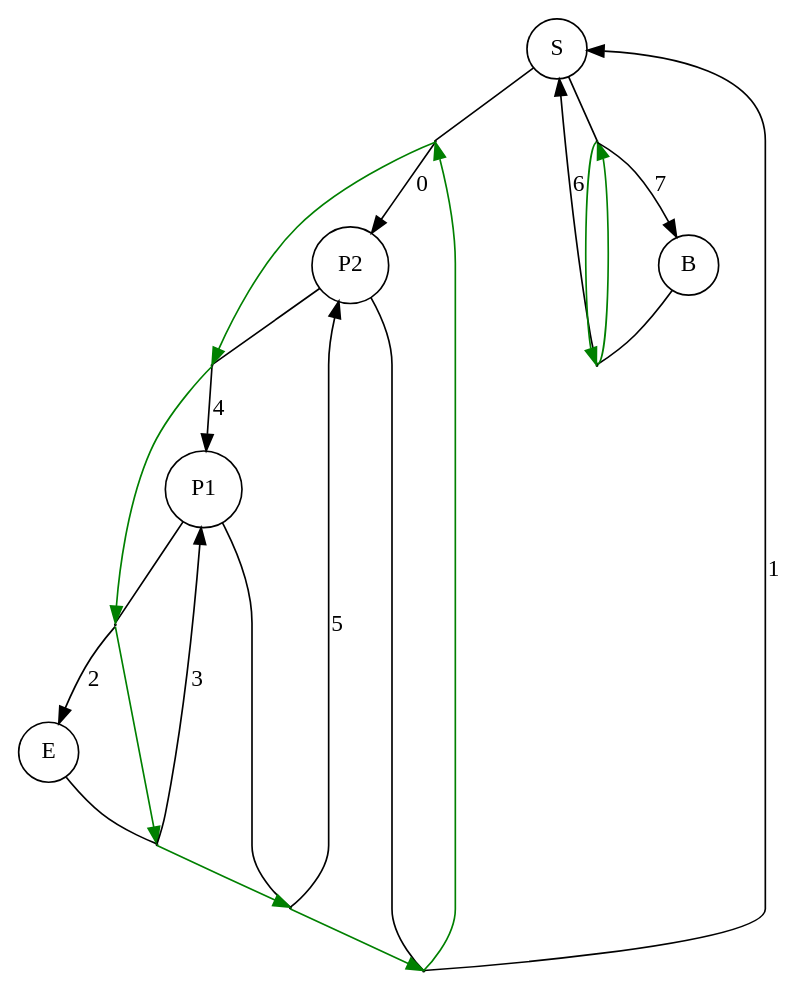
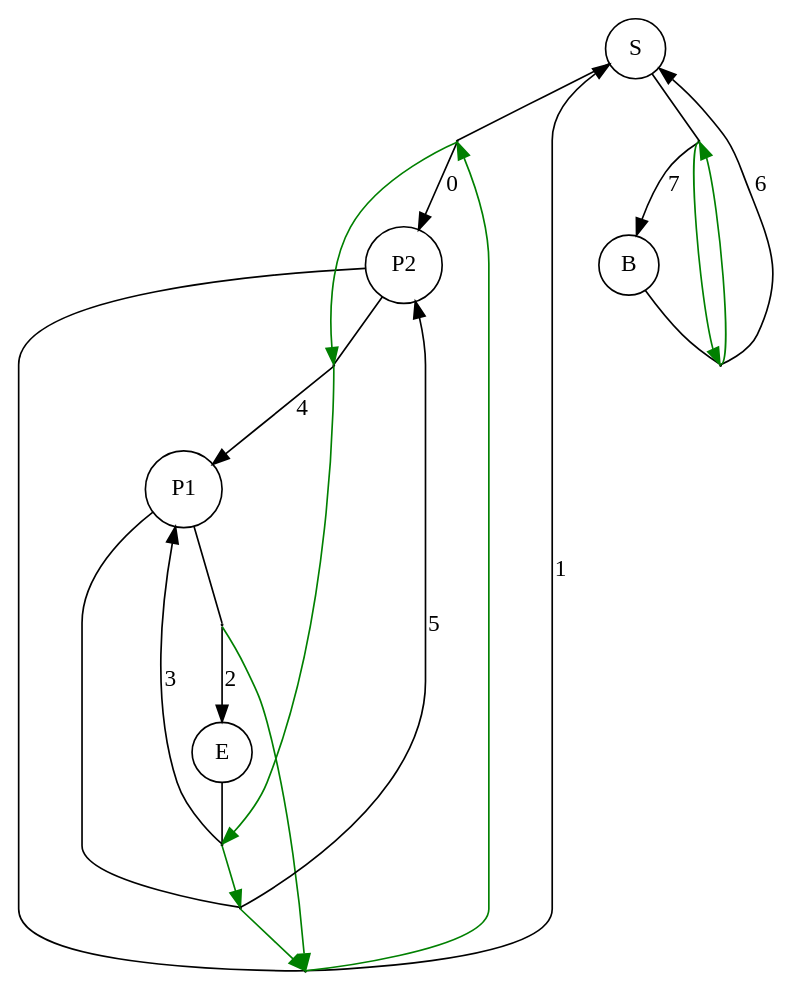
One commit to LizzyFleckenstein03/dcel changed the diagram in x.dot. Above: the diagram before and after it, drawn with Graphviz. The commit also changed 2 other files, not shown here.

```diff
--- a/x.dot
+++ b/x.dot
@@ -1,40 +1,40 @@
 digraph DCEL {
 node [shape = circle]
 0 [label="S", pos="0,0!"]
 1 [label="E", pos="9,0!"]
 2 [label="P1", pos="6,0!"]
 3 [label="P2", pos="3,0!"]
 4 [label="B", pos="0,3!"]
 edge_0 [pos="1.5,0.2!", shape=point, width=0.01, height=0.01]
 0 -> edge_0 [arrowhead=none]
 edge_0 -> 3 [label="0"]
 edge_0 -> edge_4 [color="green"]
 edge_1 [pos="1.5,-0.2!", shape=point, width=0.01, height=0.01]
 3 -> edge_1 [arrowhead=none]
 edge_1 -> 0 [label="1"]
 edge_1 -> edge_0 [color="green"]
 edge_2 [pos="7.5,0.2!", shape=point, width=0.01, height=0.01]
 2 -> edge_2 [arrowhead=none]
 edge_2 -> 1 [label="2"]
-edge_2 -> edge_3 [color="green"]
+edge_2 -> edge_1 [color="green"]
 edge_3 [pos="7.5,-0.2!", shape=point, width=0.01, height=0.01]
 1 -> edge_3 [arrowhead=none]
 edge_3 -> 2 [label="3"]
 edge_3 -> edge_5 [color="green"]
 edge_4 [pos="4.5,0.2!", shape=point, width=0.01, height=0.01]
 3 -> edge_4 [arrowhead=none]
 edge_4 -> 2 [label="4"]
-edge_4 -> edge_2 [color="green"]
+edge_4 -> edge_3 [color="green"]
 edge_5 [pos="4.5,-0.2!", shape=point, width=0.01, height=0.01]
 2 -> edge_5 [arrowhead=none]
 edge_5 -> 3 [label="5"]
 edge_5 -> edge_1 [color="green"]
 edge_6 [pos="0.2,1.5!", shape=point, width=0.01, height=0.01]
 4 -> edge_6 [arrowhead=none]
 edge_6 -> 0 [label="6"]
 edge_6 -> edge_7 [color="green"]
 edge_7 [pos="-0.2,1.5!", shape=point, width=0.01, height=0.01]
 0 -> edge_7 [arrowhead=none]
 edge_7 -> 4 [label="7"]
 edge_7 -> edge_6 [color="green"]
 }
```
